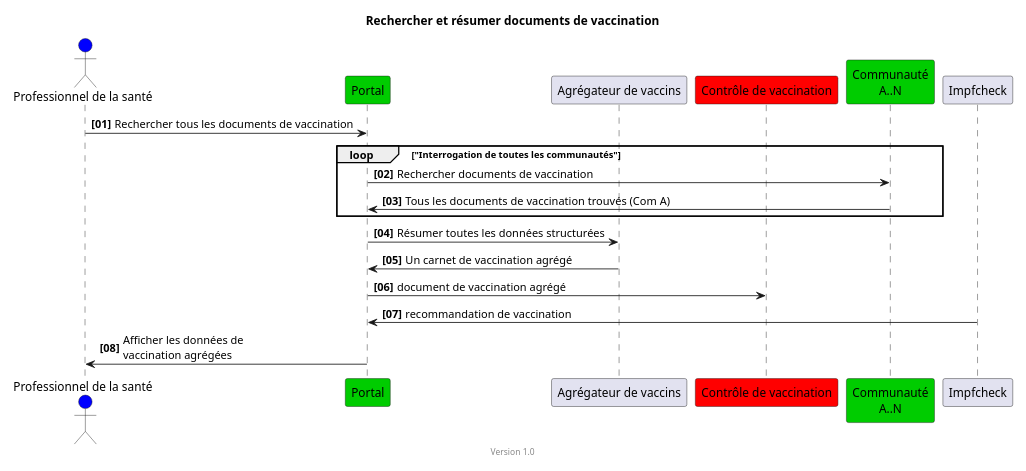
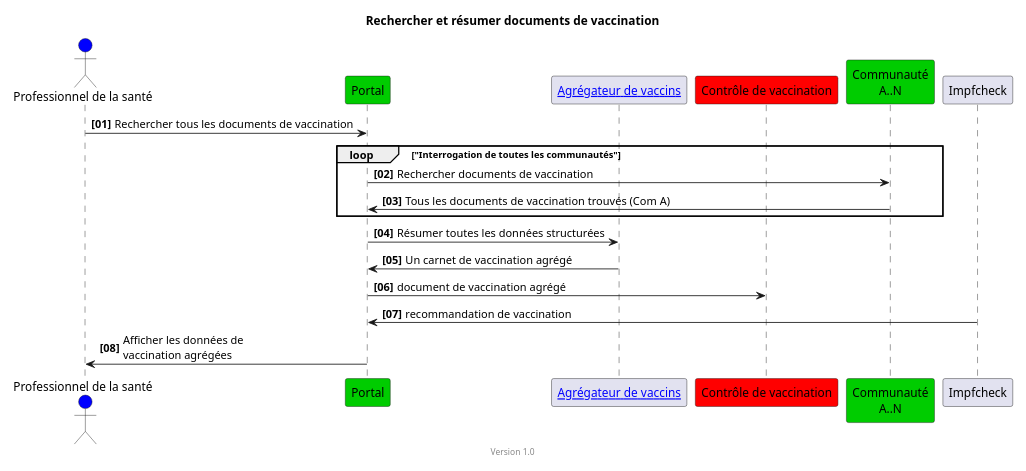
The diagram in input/images-source/epd-impfcheck-vaccination-docs-simple-fr.plantuml (hl7ch/ch-vacd), drawn with PlantUML before and after one commit. The commit also changed 32 other files, not shown here.

Commit message:
add ulrs to the diagrams for referencing pages and documents #354

```diff
--- a/input/images-source/epd-impfcheck-vaccination-docs-simple-fr.plantuml
+++ b/input/images-source/epd-impfcheck-vaccination-docs-simple-fr.plantuml
@@ -1,27 +1,27 @@
 @startuml
 title Rechercher et résumer documents de vaccination
 footer Version 1.0
 skinparam responseMessageBelowArrow true
 scale max 800 width
 
 actor "Professionnel de la santé" AS Docteur #blue
 participant "Portal" #00CC00
-participant "Agrégateur de vaccins"
+participant "[[aggregator.html Agrégateur de vaccins]]" as aggr
 participant "Contrôle de vaccination" #red
 
 participant "Communauté\nA..N" #00CC00
 
 autonumber "<b>[00]"
 Docteur -> "Portal": Rechercher tous les documents de vaccination
 loop "Interrogation de toutes les communautés"
 "Portal" -> "Communauté\nA..N": Rechercher documents de vaccination
 "Communauté\nA..N" -> "Portal": Tous les documents de vaccination trouvés (Com A)
 end
-"Portal" -> "Agrégateur de vaccins": Résumer toutes les données structurées
-"Agrégateur de vaccins" ->  "Portal": Un carnet de vaccination agrégé
+"Portal" -> aggr: Résumer toutes les données structurées
+aggr ->  "Portal": Un carnet de vaccination agrégé
 ' "Portal" -> "Portal": pseudonymiser
 "Portal" ->  "Contrôle de vaccination": document de vaccination agrégé
 "Impfcheck" -> "Portal": recommandation de vaccination
 "Portal" -> Docteur: Afficher les données de\nvaccination agrégées
 
 @enduml
```
